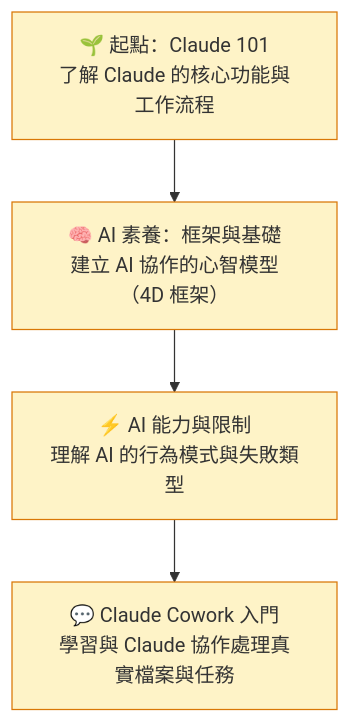
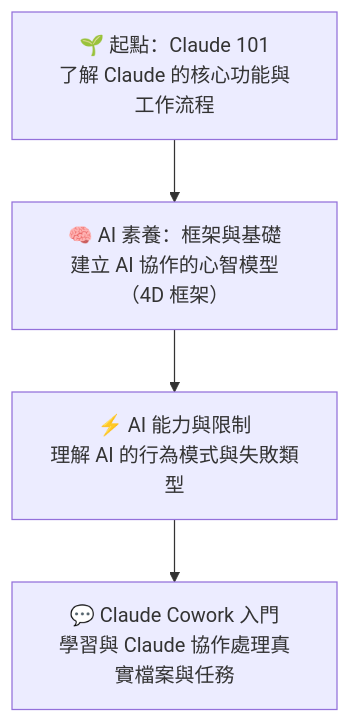
Before and after one commit to L1247/Anthropic-Academy-Chinese: the first of 4 diagrams in docs/roadmap.md, drawn with Mermaid. The commit also changed other lines of this file and 7 other files, not shown here.

Commit message:
feat: 新增官方證書頁面、HeroCertBadge 與 MermaidLightbox 元件

````diff
--- a/docs/roadmap.md
+++ b/docs/roadmap.md
@@ -9,12 +11,7 @@
 ```mermaid
 flowchart TD
     A["🌱 起點：Claude 101<br/>了解 Claude 的核心功能與工作流程"] --> B
     B["🧠 AI 素養：框架與基礎<br/>建立 AI 協作的心智模型（4D 框架）"] --> C
     C["⚡ AI 能力與限制<br/>理解 AI 的行為模式與失敗類型"] --> D
     D["💬 Claude Cowork 入門<br/>學習與 Claude 協作處理真實檔案與任務"]
-
-    style A fill:#fef3c7,stroke:#d97706
-    style B fill:#fef3c7,stroke:#d97706
-    style C fill:#fef3c7,stroke:#d97706
-    style D fill:#fef3c7,stroke:#d97706
 ```
````
